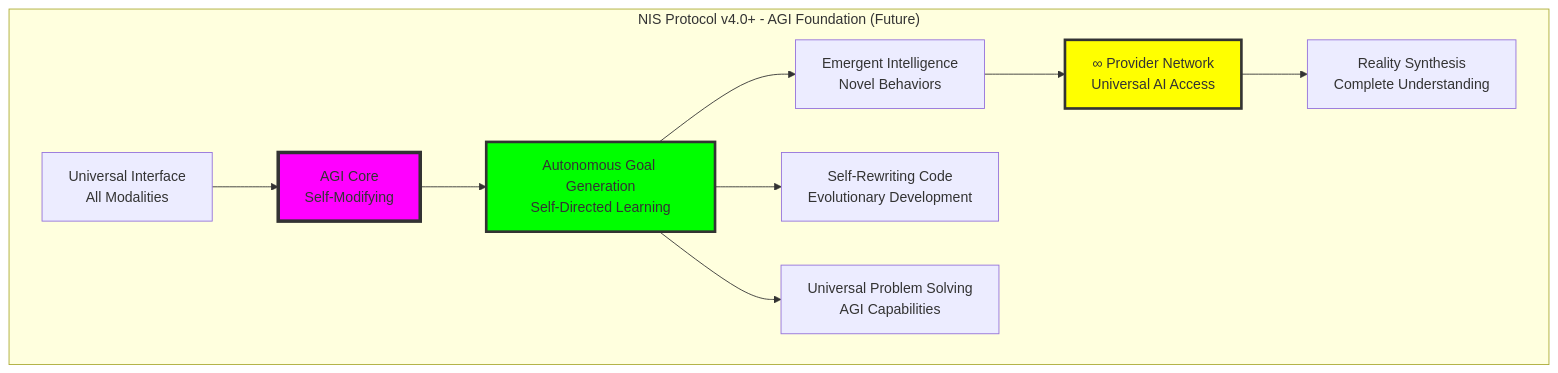
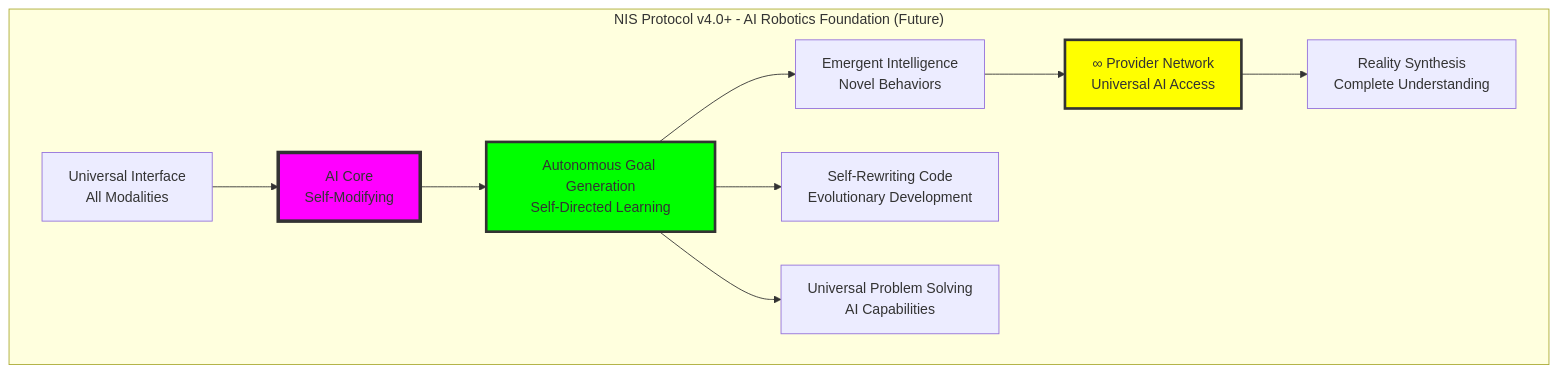
The eighth of 8 diagrams in docs/organized/system/diagrams/system_flow/nis_version_progression_architecture.md (Organica-Ai-Solutions/NIS_Protocol), drawn with Mermaid before and after one commit. The commit also changed other lines of this file and 213 other files, not shown here.

````diff
--- a/docs/organized/system/diagrams/system_flow/nis_version_progression_architecture.md
+++ b/docs/organized/system/diagrams/system_flow/nis_version_progression_architecture.md
@@ -293,18 +293,18 @@
 ```mermaid
 graph TD
-    subgraph "NIS Protocol v4.0+ - AGI Foundation (Future)"
-        A[Universal Interface<br/>All Modalities] --> B[AGI Core<br/>Self-Modifying]
+    subgraph "NIS Protocol v4.0+ - AI Robotics Foundation (Future)"
+        A[Universal Interface<br/>All Modalities] --> B[AI Core<br/>Self-Modifying]
         B --> C[Autonomous Goal Generation<br/>Self-Directed Learning]
         
         C --> D[Emergent Intelligence<br/>Novel Behaviors]
         C --> E[Self-Rewriting Code<br/>Evolutionary Development]
-        C --> F[Universal Problem Solving<br/>AGI Capabilities]
+        C --> F[Universal Problem Solving<br/>AI Capabilities]
         
         D --> G[∞ Provider Network<br/>Universal AI Access]
         G --> H[Reality Synthesis<br/>Complete Understanding]
         
         style B fill:#f0f,stroke:#333,stroke-width:4px
         style C fill:#0f0,stroke:#333,stroke-width:3px
         style G fill:#ff0,stroke:#333,stroke-width:3px
     end
 ```
````
